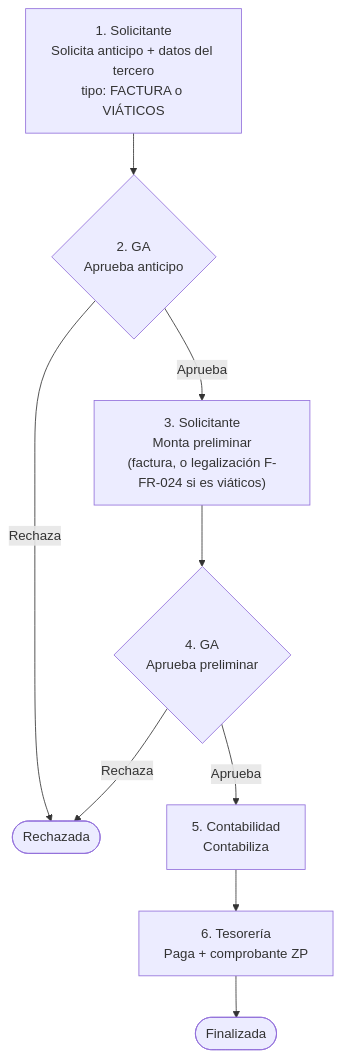
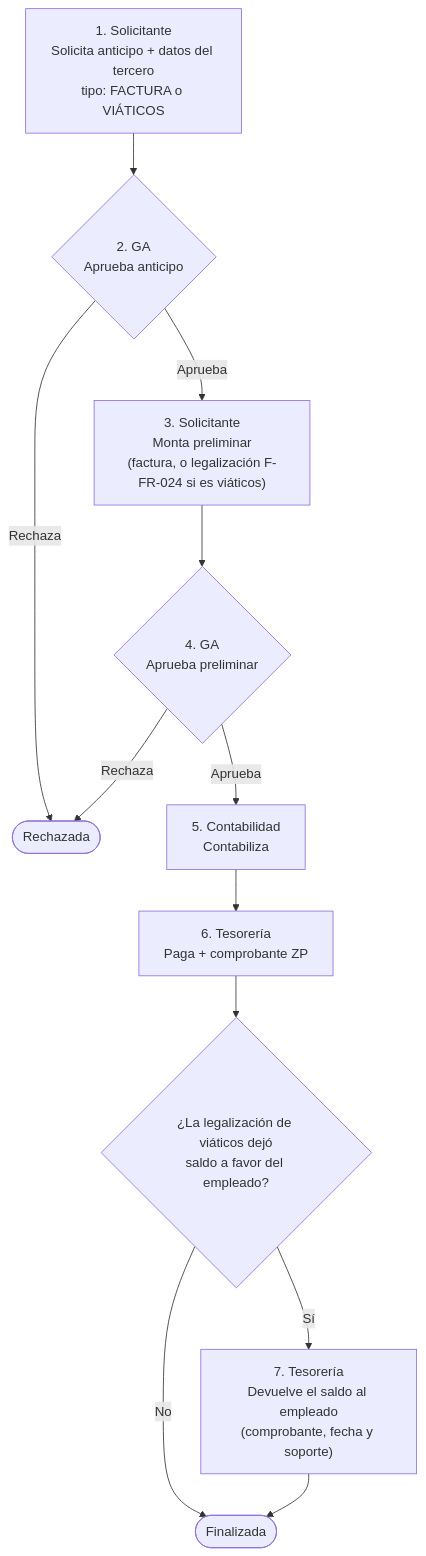
One commit to cesararr1108/control-gastos changed the second of 3 diagrams in docs/FLUJOS.md. Above: the diagram before and after it, drawn with Mermaid. The commit also changed other lines of this file and 17 other files, not shown here.

First line of the commit message:
Ajustes de noviembre: tarjeta, centros de costo, soporte de pago, devolución de saldo y formatos por organización

````diff
--- a/docs/FLUJOS.md
+++ b/docs/FLUJOS.md
@@ -81,13 +81,16 @@
 ```mermaid
 flowchart TD
     A["1. Solicitante<br/>Solicita anticipo + datos del tercero<br/>tipo: FACTURA o VIÁTICOS"] --> B
     B{"2. GA<br/>Aprueba anticipo"}
     B -- Rechaza --> X([Rechazada])
     B -- Aprueba --> C
     C["3. Solicitante<br/>Monta preliminar<br/>(factura, o legalización F-FR-024 si es viáticos)"] --> D
     D{"4. GA<br/>Aprueba preliminar"}
     D -- Rechaza --> X
     D -- Aprueba --> E
     E["5. Contabilidad<br/>Contabiliza"] --> F
-    F["6. Tesorería<br/>Paga + comprobante ZP"] --> Z([Finalizada])
+    F["6. Tesorería<br/>Paga + comprobante ZP"] --> G
+    G{"¿La legalización de viáticos dejó<br/>saldo a favor del empleado?"}
+    G -- No --> Z([Finalizada])
+    G -- Sí --> H["7. Tesorería<br/>Devuelve el saldo al empleado<br/>(comprobante, fecha y soporte)"] --> Z
 ```
````
